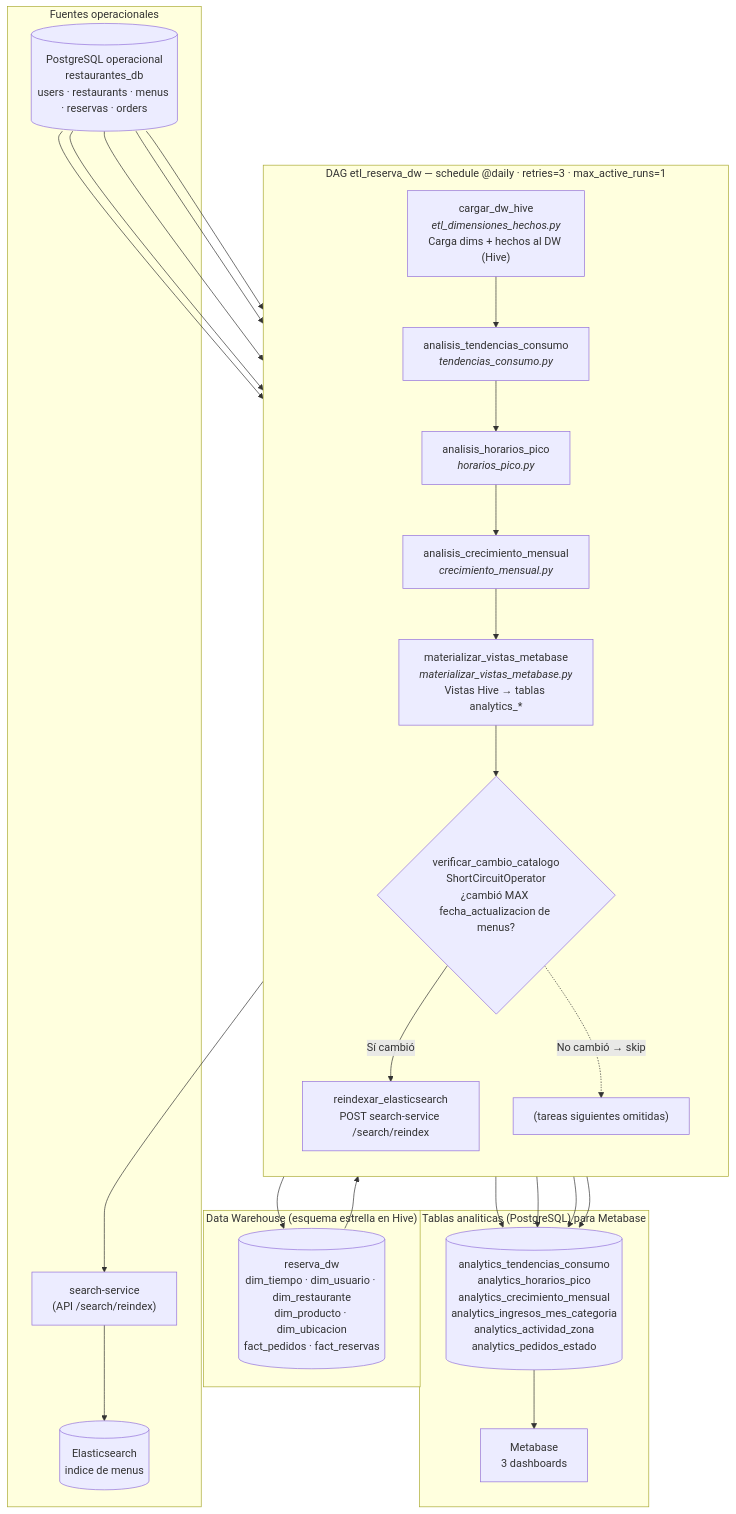
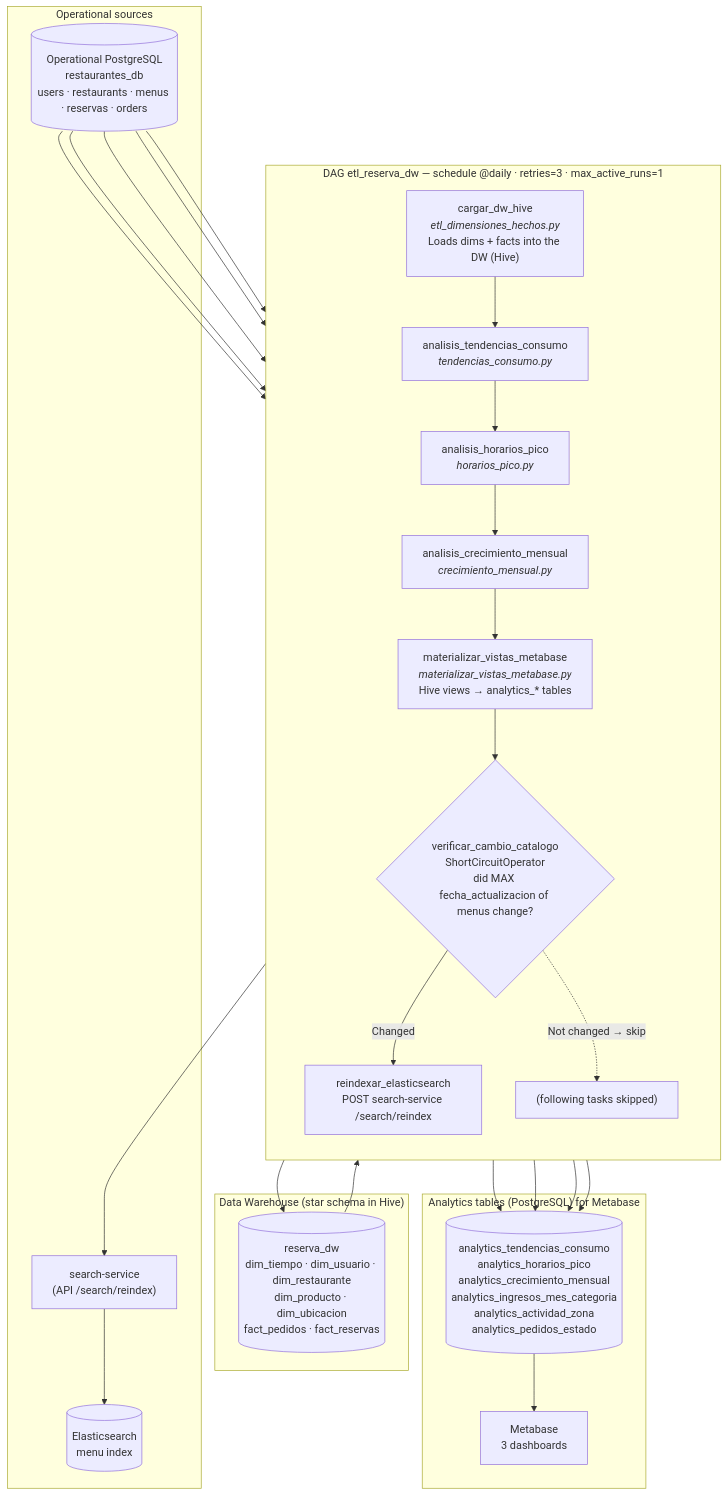
The first of 3 diagrams in README.md (chris124v/Reserva_Inteligente), drawn with Mermaid before and after one commit. The commit also changed other lines of this file and 1 other file, not shown here.

````diff
--- a/README.md
+++ b/README.md
@@ -84,41 +105,41 @@
 ```mermaid
 flowchart TD
-    subgraph SRC["Fuentes operacionales"]
-        PG[("PostgreSQL operacional<br/>restaurantes_db<br/>users · restaurants · menus · reservas · orders")]
+    subgraph SRC["Operational sources"]
+        PG[("Operational PostgreSQL<br/>restaurantes_db<br/>users · restaurants · menus · reservas · orders")]
         SS["search-service<br/>(API /search/reindex)"]
-        ES[("Elasticsearch<br/>indice de menus")]
+        ES[("Elasticsearch<br/>menu index")]
     end
 
     subgraph DAG["DAG etl_reserva_dw — schedule @daily · retries=3 · max_active_runs=1"]
         direction TB
-        T1["cargar_dw_hive<br/><i>etl_dimensiones_hechos.py</i><br/>Carga dims + hechos al DW (Hive)"]
+        T1["cargar_dw_hive<br/><i>etl_dimensiones_hechos.py</i><br/>Loads dims + facts into the DW (Hive)"]
         T2["analisis_tendencias_consumo<br/><i>tendencias_consumo.py</i>"]
         T3["analisis_horarios_pico<br/><i>horarios_pico.py</i>"]
         T4["analisis_crecimiento_mensual<br/><i>crecimiento_mensual.py</i>"]
-        T5["materializar_vistas_metabase<br/><i>materializar_vistas_metabase.py</i><br/>Vistas Hive → tablas analytics_*"]
-        T6{"verificar_cambio_catalogo<br/>ShortCircuitOperator<br/>¿cambió MAX fecha_actualizacion de menus?"}
+        T5["materializar_vistas_metabase<br/><i>materializar_vistas_metabase.py</i><br/>Hive views → analytics_* tables"]
+        T6{"verificar_cambio_catalogo<br/>ShortCircuitOperator<br/>did MAX fecha_actualizacion of menus change?"}
         T7["reindexar_elasticsearch<br/>POST search-service /search/reindex"]
 
         T1 --> T2 --> T3 --> T4 --> T5 --> T6
-        T6 -->|"Sí cambió"| T7
-        T6 -.->|"No cambió → skip"| SKIP["(tareas siguientes omitidas)"]
+        T6 -->|"Changed"| T7
+        T6 -.->|"Not changed → skip"| SKIP["(following tasks skipped)"]
     end
 
-    subgraph DW["Data Warehouse (esquema estrella en Hive)"]
+    subgraph DW["Data Warehouse (star schema in Hive)"]
         HIVE[("reserva_dw<br/>dim_tiempo · dim_usuario · dim_restaurante<br/>dim_producto · dim_ubicacion<br/>fact_pedidos · fact_reservas")]
     end
 
-    subgraph ANALYTICS["Tablas analiticas (PostgreSQL) para Metabase"]
+    subgraph ANALYTICS["Analytics tables (PostgreSQL) for Metabase"]
         AT[("analytics_tendencias_consumo<br/>analytics_horarios_pico<br/>analytics_crecimiento_mensual<br/>analytics_ingresos_mes_categoria<br/>analytics_actividad_zona<br/>analytics_pedidos_estado")]
         MB["Metabase<br/>3 dashboards"]
     end
 
     PG --> T1
     T1 --> HIVE
     PG --> T2 & T3 & T4
     T2 & T3 & T4 --> AT
     HIVE --> T5 --> AT
     AT --> MB
     PG --> T6
     T7 --> SS --> ES
 ```
````
